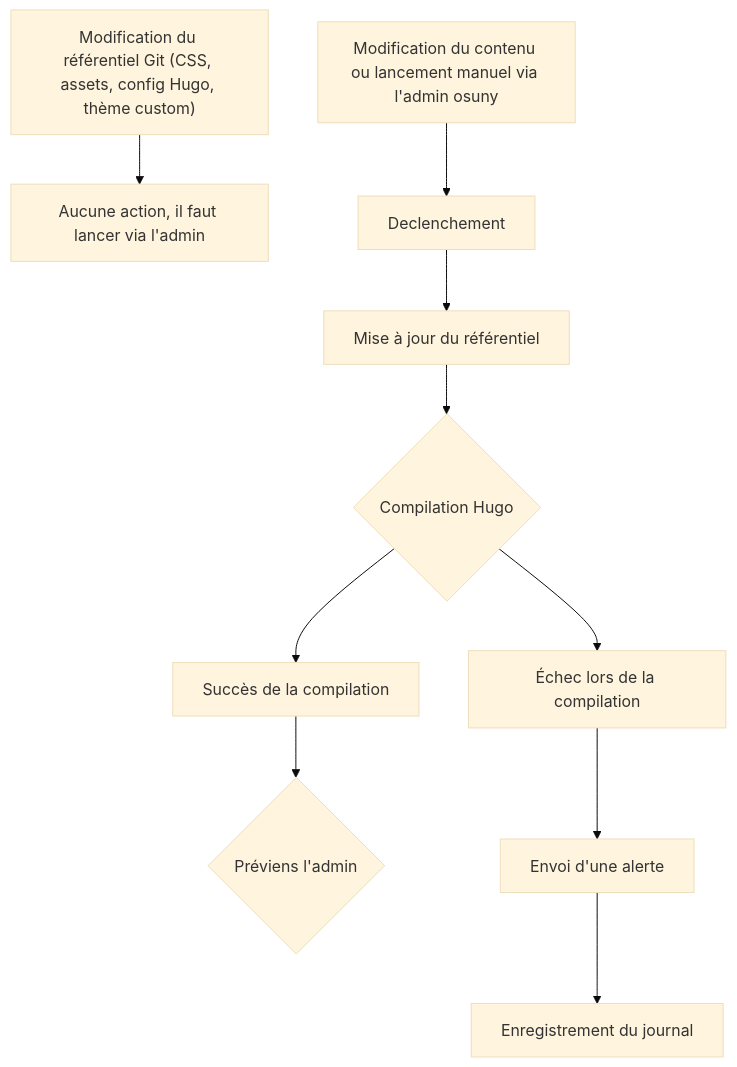
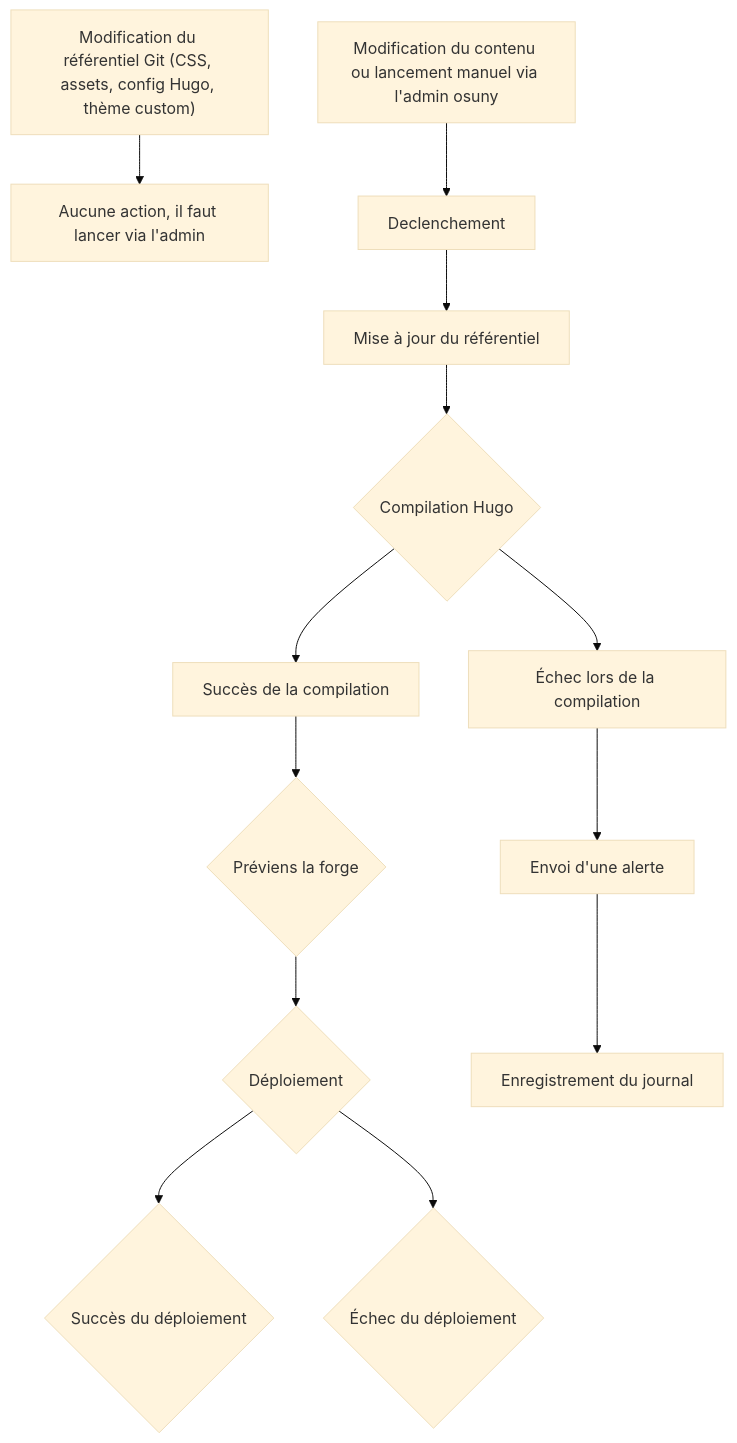
One commit to osunyorg/developers changed the second of 2 diagrams in content/docs/admin/sites-web/publisher/_index.md. Above: the diagram before and after it, drawn with Mermaid (base theme).

````diff
--- a/content/docs/admin/sites-web/publisher/_index.md
+++ b/content/docs/admin/sites-web/publisher/_index.md
@@ -58,20 +58,26 @@
 ```mermaid
 graph TD;
   ModifRepo-->Rien
   Admin-->Declenchement
   Declenchement-->GitPull-->Compilation
-  Compilation-->CompilationOk-->WarnAdmin
+  Compilation-->CompilationOk-->WarnForge
   Compilation-->CompilationKo-->Alerte
+  WarnForge-->Deploiement
+  Deploiement-->DeploiementOk
+  Deploiement-->DeploiementKo
   Alerte-->Log
 
   ModifRepo["Modification du référentiel Git (CSS, assets, config Hugo, thème custom)"]
   Rien["Aucune action, il faut lancer via l'admin"]
   Admin["Modification du contenu ou lancement manuel via l'admin osuny"]
   GitPull["Mise à jour du référentiel"]
   Compilation{"Compilation Hugo"}
   CompilationOk["Succès de la compilation"]
   CompilationKo["Échec lors de la compilation"]
-  WarnAdmin{"Préviens l'admin"}
+  WarnForge{"Préviens la forge"}
+  Deploiement{"Déploiement"}
+  DeploiementOk{"Succès du déploiement"}
+  DeploiementKo{"Échec du déploiement"}
   Alerte["Envoi d'une alerte"]
   Log["Enregistrement du journal"]
 ```
````
